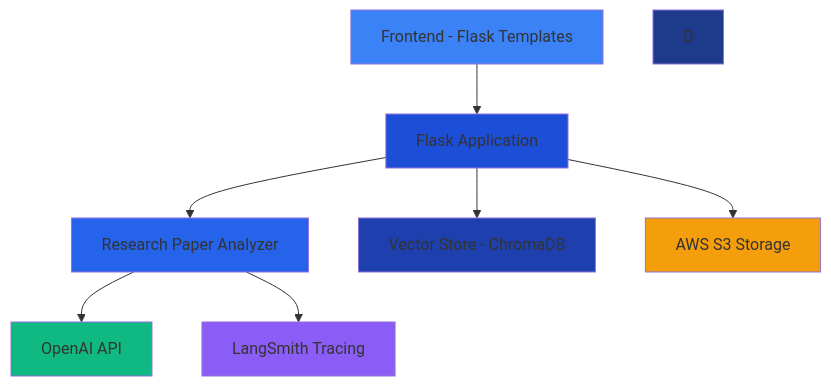
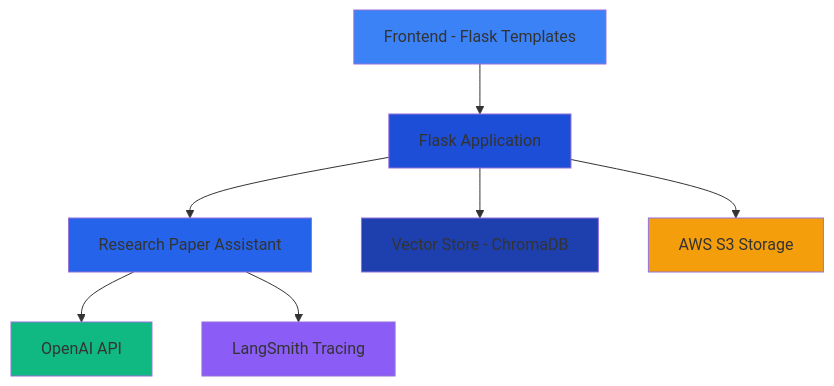
The diagram in README.md (rashmithahansamal/RAG-KMS), drawn with Mermaid before and after one commit.

Commit message:
Rename 'Research Paper Analyzer' to 'Research Paper Assistant'

````diff
--- a/README.md
+++ b/README.md
@@ -53,18 +53,18 @@
 ```mermaid
 graph TB
     A[Frontend - Flask Templates] --> B[Flask Application]
-    B --> C[Research Paper Analyzer]
+    B --> C[Research Paper Assistant]
     B --> E[Vector Store - ChromaDB]
     B --> F[AWS S3 Storage]
     C --> G[OpenAI API]
     C --> H[LangSmith Tracing]
     
     style A fill:#3b82f6
     style B fill:#1d4ed8
     style C fill:#2563eb
-    style D fill:#1e3a8a
+   
     style E fill:#1e40af
     style F fill:#f59e0b
     style G fill:#10b981
     style H fill:#8b5cf6
 ```
````
